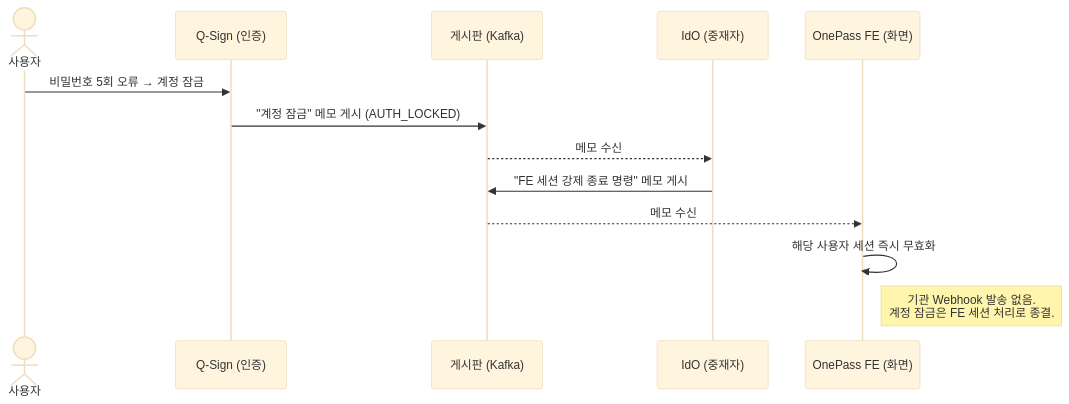
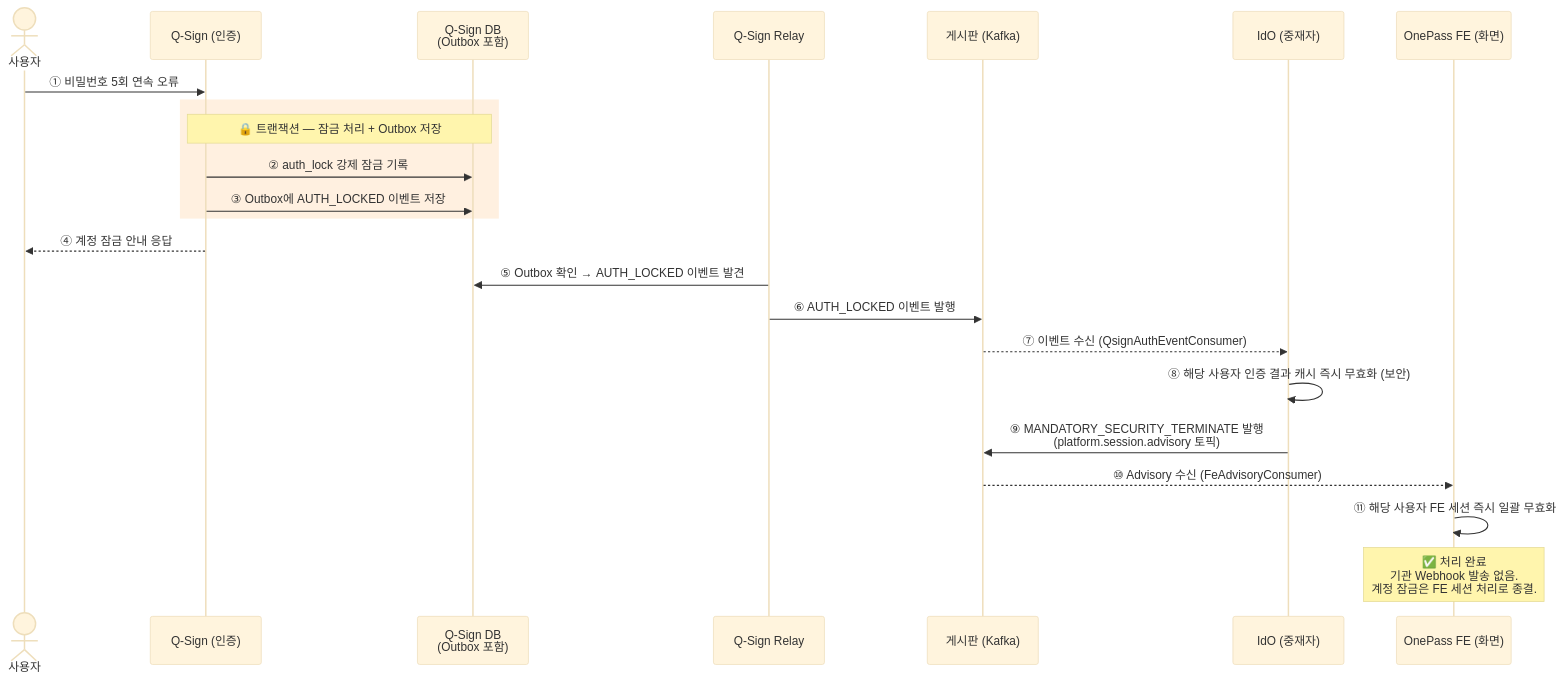
Before and after one commit to HipsterMIN/integration-sso: the seventh of 10 diagrams in docs/kafka_easy_guide_for_managers.md, drawn with Mermaid (base theme). The commit also changed other lines of this file and 1 other file, not shown here.

````diff
--- a/docs/kafka_easy_guide_for_managers.md
+++ b/docs/kafka_easy_guide_for_managers.md
@@ -188,16 +261,30 @@
 ```mermaid
 sequenceDiagram
     actor 사용자
     participant QS as Q-Sign (인증)
+    participant DB_QS as Q-Sign DB<br/>(Outbox 포함)
+    participant RELAY_QS as Q-Sign Relay
     participant KAFKA as 게시판 (Kafka)
     participant IDO as IdO (중재자)
     participant FE as OnePass FE (화면)
-    
-    사용자->>QS: 비밀번호 5회 오류 → 계정 잠금
-    QS->>KAFKA: "계정 잠금" 메모 게시 (AUTH_LOCKED)
-    KAFKA-->>IDO: 메모 수신
-    IDO->>KAFKA: "FE 세션 강제 종료 명령" 메모 게시
-    KAFKA-->>FE: 메모 수신
-    FE->>FE: 해당 사용자 세션 즉시 무효화
-    note right of FE: 기관 Webhook 발송 없음.<br/>계정 잠금은 FE 세션 처리로 종결.
+
+    사용자->>QS: ① 비밀번호 5회 연속 오류
+    rect rgb(255, 240, 224)
+        note over QS,DB_QS: 🔒 트랜잭션 — 잠금 처리 + Outbox 저장
+        QS->>DB_QS: ② auth_lock 강제 잠금 기록
+        QS->>DB_QS: ③ Outbox에 AUTH_LOCKED 이벤트 저장
+    end
+    QS-->>사용자: ④ 계정 잠금 안내 응답
+
+    RELAY_QS->>DB_QS: ⑤ Outbox 확인 → AUTH_LOCKED 이벤트 발견
+    RELAY_QS->>KAFKA: ⑥ AUTH_LOCKED 이벤트 발행
+
+    KAFKA-->>IDO: ⑦ 이벤트 수신 (QsignAuthEventConsumer)
+    IDO->>IDO: ⑧ 해당 사용자 인증 결과 캐시 즉시 무효화 (보안)
+    IDO->>KAFKA: ⑨ MANDATORY_SECURITY_TERMINATE 발행<br/>(platform.session.advisory 토픽)
+
+    KAFKA-->>FE: ⑩ Advisory 수신 (FeAdvisoryConsumer)
+    FE->>FE: ⑪ 해당 사용자 FE 세션 즉시 일괄 무효화
+
+    note over FE: ✅ 처리 완료<br/>기관 Webhook 발송 없음.<br/>계정 잠금은 FE 세션 처리로 종결.
 ```
````
